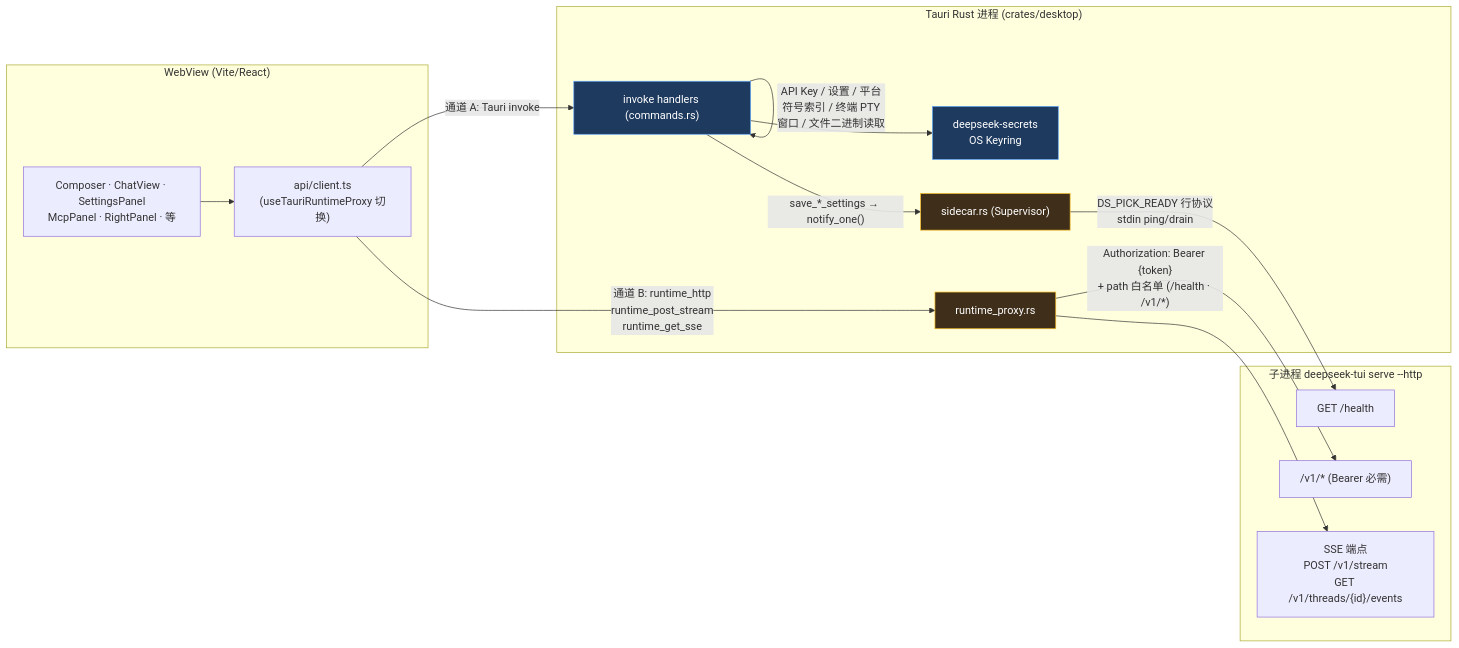
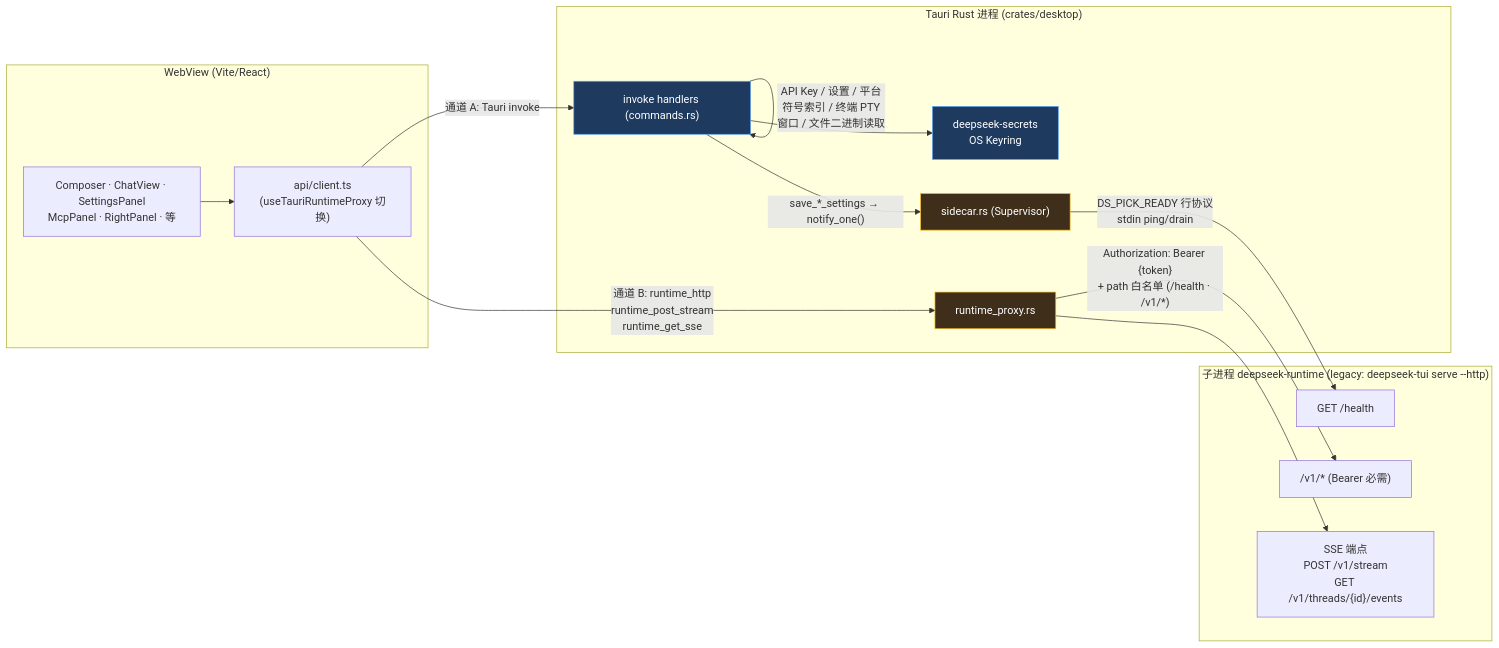
Before and after one commit to didclawapp-ai/zagens: the fourth of 5 diagrams in docs/tech/RUNTIME_ARCHITECTURE.md, drawn with Mermaid. The commit also changed other lines of this file and 11 other files, not shown here.

````diff
--- a/docs/tech/RUNTIME_ARCHITECTURE.md
+++ b/docs/tech/RUNTIME_ARCHITECTURE.md
@@ -303,37 +313,37 @@
 ```mermaid
 flowchart LR
     subgraph webview["WebView (Vite/React)"]
         UI["Composer · ChatView · SettingsPanel<br/>McpPanel · RightPanel · 等"]
         CLIENT["api/client.ts<br/>(useTauriRuntimeProxy 切换)"]
     end
 
     subgraph rust["Tauri Rust 进程 (crates/desktop)"]
         IPC["invoke handlers (commands.rs)"]
         RP["runtime_proxy.rs"]
         SC["sidecar.rs (Supervisor)"]
         KR["deepseek-secrets<br/>OS Keyring"]
     end
 
-    subgraph child["子进程 deepseek-tui serve --http"]
+    subgraph child["子进程 deepseek-runtime (legacy: deepseek-tui serve --http)"]
         HEALTH["GET /health"]
         V1["/v1/* (Bearer 必需)"]
         SSE["SSE 端点<br/>POST /v1/stream<br/>GET /v1/threads/{id}/events"]
     end
 
     UI --> CLIENT
 
     CLIENT -- "通道 A: Tauri invoke" --> IPC
     IPC -- "API Key / 设置 / 平台<br/>符号索引 / 终端 PTY<br/>窗口 / 文件二进制读取" --> IPC
     IPC --> KR
     IPC -- "save_*_settings → notify_one()" --> SC
 
     CLIENT -- "通道 B: runtime_http<br/>runtime_post_stream<br/>runtime_get_sse" --> RP
     RP -- "Authorization: Bearer {token}<br/>+ path 白名单 (/health · /v1/*)" --> V1
     RP --> SSE
     SC -- "DS_PICK_READY 行协议<br/>stdin ping/drain" --> HEALTH
 
     classDef a fill:#1e3a5f,stroke:#60a5fa,color:#fff
     classDef b fill:#3f2f1a,stroke:#fbbf24,color:#fff
     class IPC,KR a
     class RP,SC b
 ```
````
